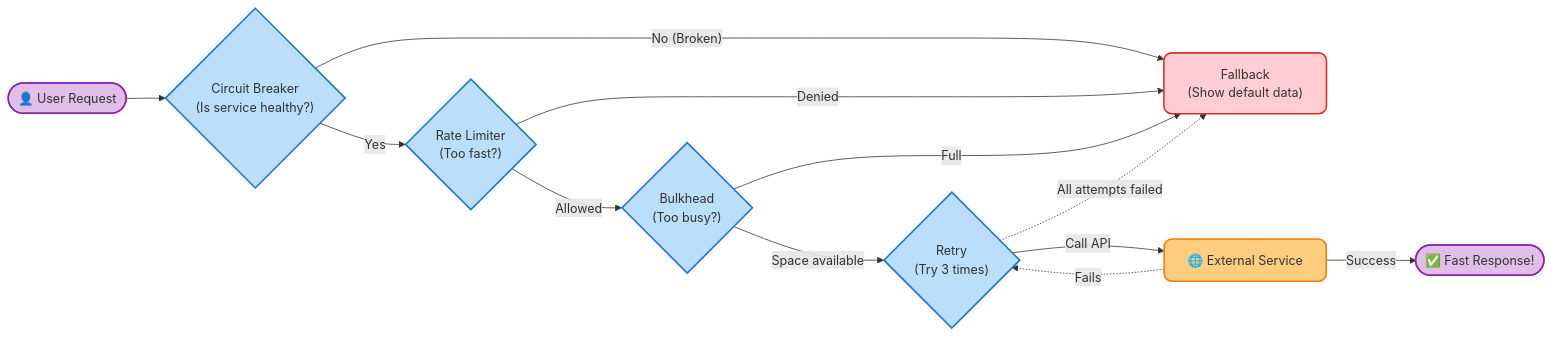
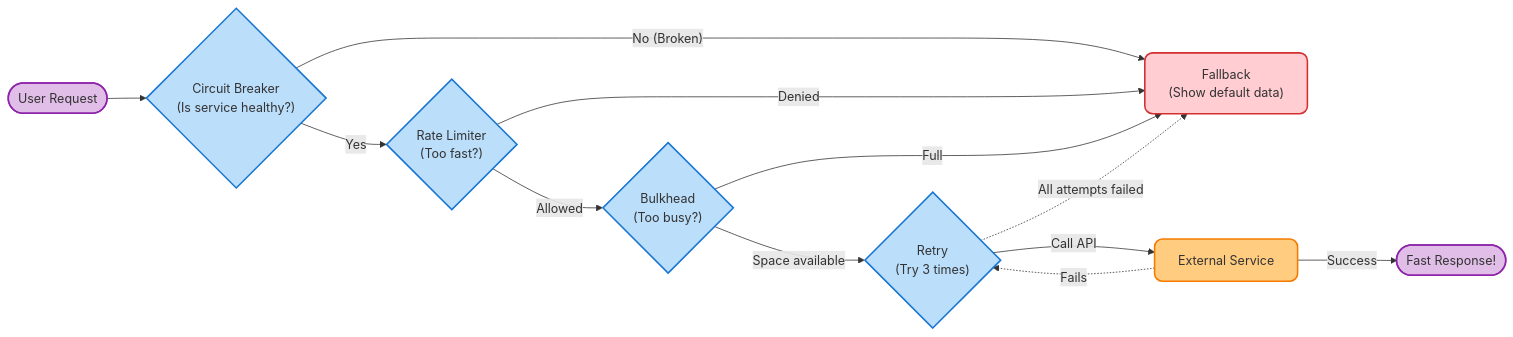
Before and after one commit to Sat-14/PyFault-Tolerance: the diagram in README.md, drawn with Mermaid. The commit also changed other lines of this file, not shown here.

````diff
--- a/README.md
+++ b/README.md
@@ -22,25 +22,25 @@
 ```mermaid
 flowchart LR
     %% Friendly styling
     classDef client fill:#E1BEE7,stroke:#8E24AA,stroke-width:2px,color:#333,rx:10,ry:10
     classDef protection fill:#BBDEFB,stroke:#1976D2,stroke-width:2px,color:#333,rx:5,ry:5
     classDef external fill:#FFCC80,stroke:#F57C00,stroke-width:2px,color:#333,rx:10,ry:10
     classDef error fill:#FFCDD2,stroke:#D32F2F,stroke-width:2px,color:#333,rx:10,ry:10
 
-    Req(["👤 User Request"]):::client --> CB{"Circuit Breaker\n(Is service healthy?)"}:::protection
+    Req([" User Request"]):::client --> CB{"Circuit Breaker\n(Is service healthy?)"}:::protection
     
     CB -- Yes --> RL{"Rate Limiter\n(Too fast?)"}:::protection
     CB -- No (Broken) --> FB["Fallback\n(Show default data)"]:::error
     
     RL -- Allowed --> BH{"Bulkhead\n(Too busy?)"}:::protection
     RL -- Denied --> FB
     
     BH -- Space available --> RT{"Retry\n(Try 3 times)"}:::protection
     BH -- Full --> FB
     
-    RT -- "Call API" --> Ext["🌐 External Service"]:::external
+    RT -- "Call API" --> Ext[" External Service"]:::external
     Ext -.->|Fails| RT
     
-    Ext -->|Success| Success(["✅ Fast Response!"]):::client
+    Ext -->|Success| Success([" Fast Response!"]):::client
     RT -.->|All attempts failed| FB
 ```
````
